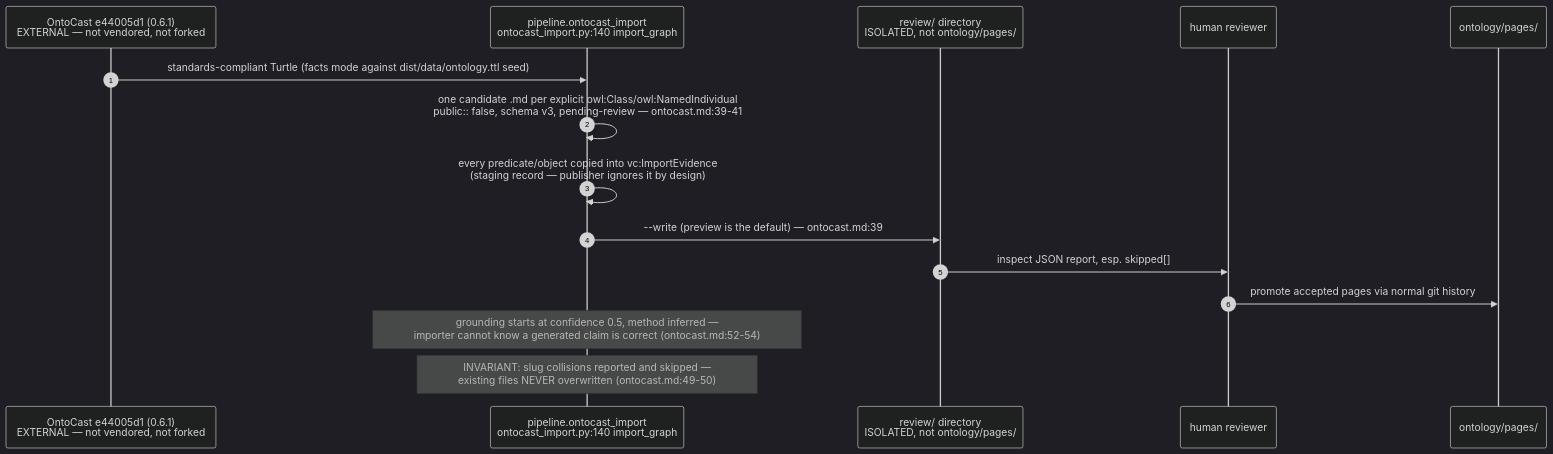
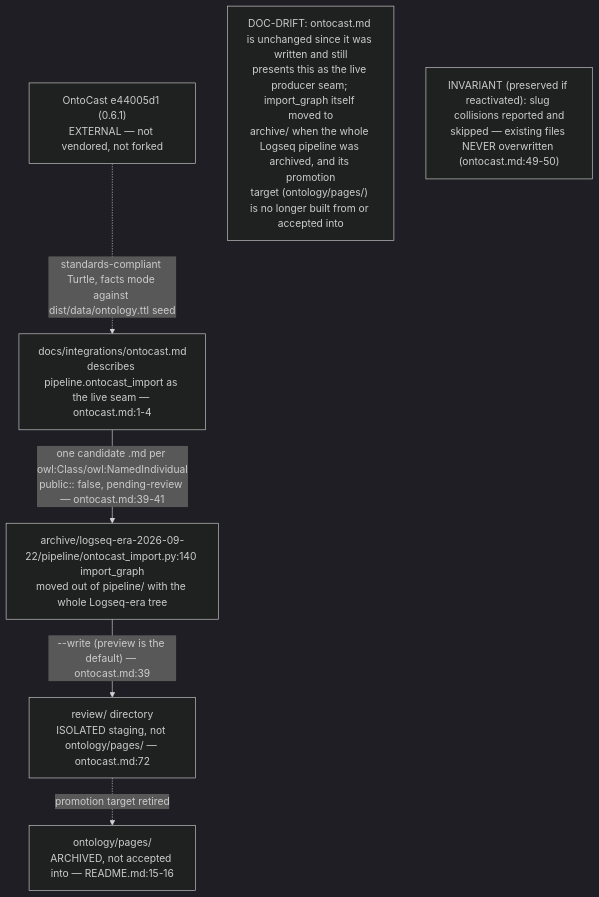
Before and after one commit to DreamLab-AI/VisionFlow: the third of 3 diagrams in docs/diagrams/knowledgegraph/06-consumers-and-integration.md, drawn with Mermaid (dark theme). The commit also changed other lines of this file and 136 other files, not shown here.

First line of the commit message:
docs(diagrams): refresh the whole corpus to code HEAD and prune low-value diagrams

````diff
--- a/docs/diagrams/knowledgegraph/06-consumers-and-integration.md
+++ b/docs/diagrams/knowledgegraph/06-consumers-and-integration.md
@@ -71,18 +66,15 @@
 ```mermaid
-sequenceDiagram
-    autonumber
-    participant OC as OntoCast e44005d1 #40;0.6.1#41;<br/>EXTERNAL — not vendored, not forked
-    participant IMPORT as pipeline.ontocast_import<br/>ontocast_import.py:140 import_graph
-    participant REVIEW as review/ directory<br/>ISOLATED, not ontology/pages/
-    participant HUMAN as human reviewer
-    participant CORPUS as ontology/pages/
+flowchart TB
+    OC["OntoCast e44005d1 #40;0.6.1#41;<br/>EXTERNAL — not vendored, not forked"]
+    DOC["docs/integrations/ontocast.md<br/>describes pipeline.ontocast_import as the live seam — ontocast.md:1-4"]
+    ARCH["archive/logseq-era-2026-09-22/pipeline/ontocast_import.py:140 import_graph<br/>moved out of pipeline/ with the whole Logseq-era tree"]
+    REVIEW["review/ directory<br/>ISOLATED staging, not ontology/pages/ — ontocast.md:72"]
+    CORPUS["ontology/pages/<br/>ARCHIVED, not accepted into — README.md:15-16"]
 
-    OC->>IMPORT: standards-compliant Turtle #40;facts mode against dist/data/ontology.ttl seed#41;
-    IMPORT->>IMPORT: one candidate .md per explicit owl:Class/owl:NamedIndividual<br/>public:: false, schema v3, pending-review — ontocast.md:39-41
-    IMPORT->>IMPORT: every predicate/object copied into vc:ImportEvidence<br/>#40;staging record — publisher ignores it by design#41;
-    IMPORT->>REVIEW: --write #40;preview is the default#41; — ontocast.md:39
-    REVIEW->>HUMAN: inspect JSON report, esp. skipped#91;#93;
-    HUMAN->>CORPUS: promote accepted pages via normal git history
-    Note over IMPORT: grounding starts at confidence 0.5, method inferred —<br/>importer cannot know a generated claim is correct #40;ontocast.md:52-54#41;
-    Note over IMPORT: INVARIANT: slug collisions reported and skipped —<br/>existing files NEVER overwritten #40;ontocast.md:49-50#41;
+    OC -.->|"standards-compliant Turtle, facts mode against dist/data/ontology.ttl seed"| DOC
+    DOC -->|"one candidate .md per owl:Class/owl:NamedIndividual<br/>public:: false, pending-review — ontocast.md:39-41"| ARCH
+    ARCH -->|"--write #40;preview is the default#41; — ontocast.md:39"| REVIEW
+    REVIEW -.->|"promotion target retired"| CORPUS
+    note1["DOC-DRIFT: ontocast.md is unchanged since it was written and still<br/>presents this as the live producer seam; import_graph itself moved to<br/>archive/ when the whole Logseq pipeline was archived, and its promotion<br/>target #40;ontology/pages/#41; is no longer built from or accepted into"]
+    note2["INVARIANT #40;preserved if reactivated#41;: slug collisions reported and<br/>skipped — existing files NEVER overwritten #40;ontocast.md:49-50#41;"]
 ```
````
